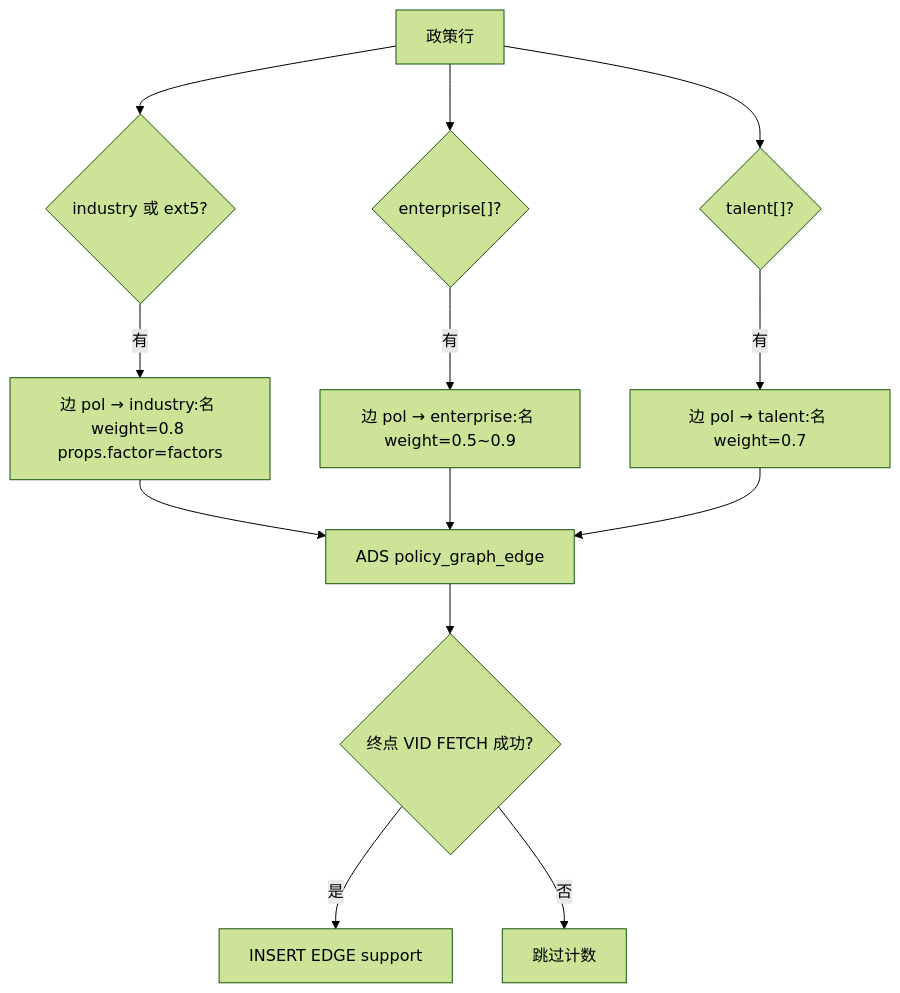
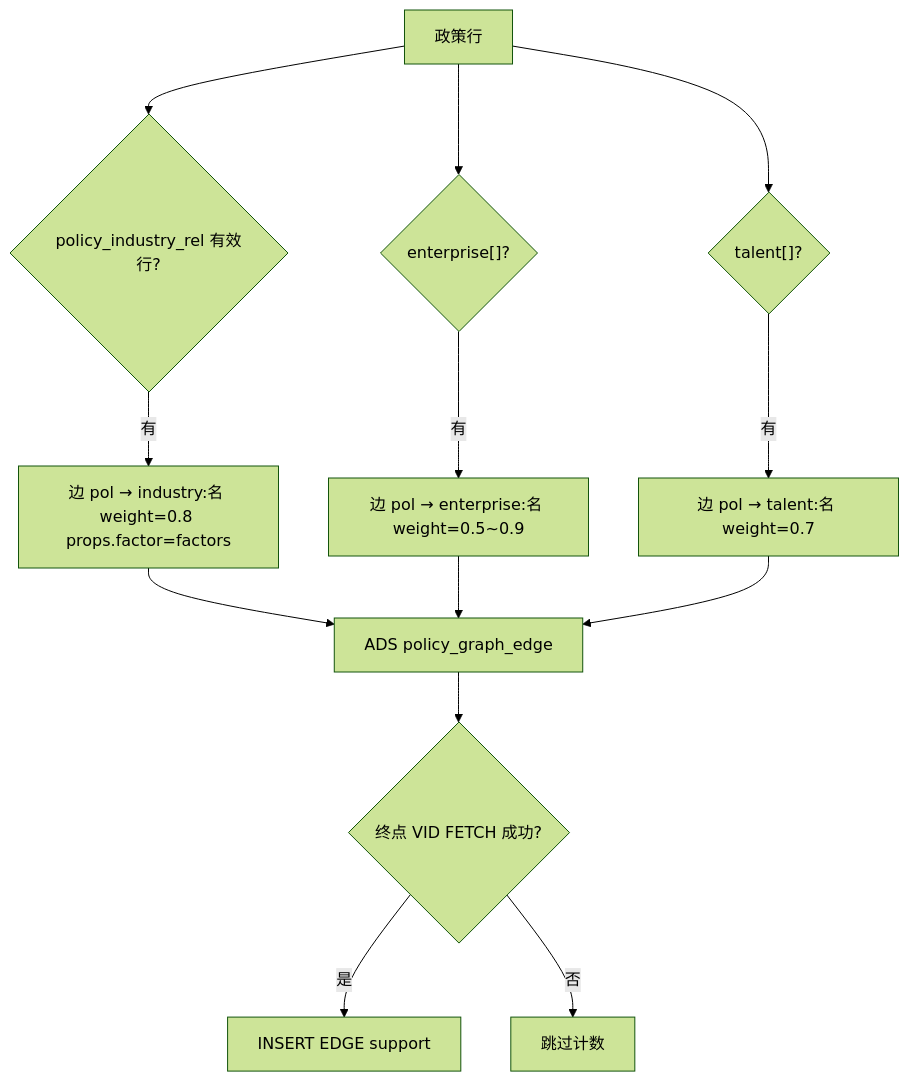
One commit to Marisolebxf/- changed the fifth of 12 diagrams in agent-delivery/data/data-design/storage/POLICY/etl/pipeline-to-nebula.md. Above: the diagram before and after it, drawn with Mermaid (forest theme). The commit also changed other lines of this file and 21 other files, not shown here.

````diff
--- a/agent-delivery/data/data-design/storage/POLICY/etl/pipeline-to-nebula.md
+++ b/agent-delivery/data/data-design/storage/POLICY/etl/pipeline-to-nebula.md
@@ -291,15 +291,15 @@
 ```mermaid
 flowchart TB
-  A["政策行"] --> B{"industry 或 ext5?"}
+  A["政策行"] --> B{"policy_industry_rel 有效行?"}
   B -->|有| C["边 pol → industry:名 weight=0.8 props.factor=factors"]
   A --> D{"enterprise[]?"}
   D -->|有| E["边 pol → enterprise:名 weight=0.5~0.9"]
   A --> F{"talent[]?"}
   F -->|有| G["边 pol → talent:名 weight=0.7"]
   C --> H["ADS policy_graph_edge"]
   E --> H
   G --> H
   H --> I{"终点 VID FETCH 成功?"}
   I -->|是| J["INSERT EDGE support"]
   I -->|否| K["跳过计数"]
 ```
````
